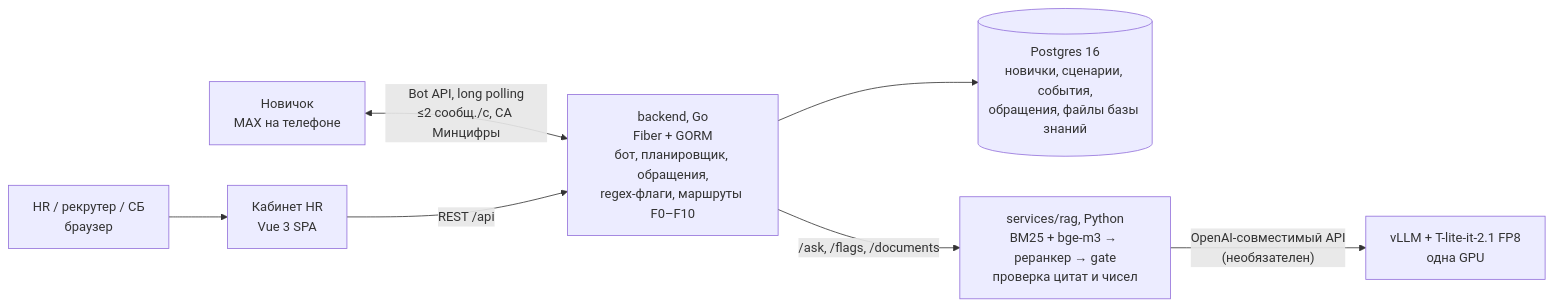
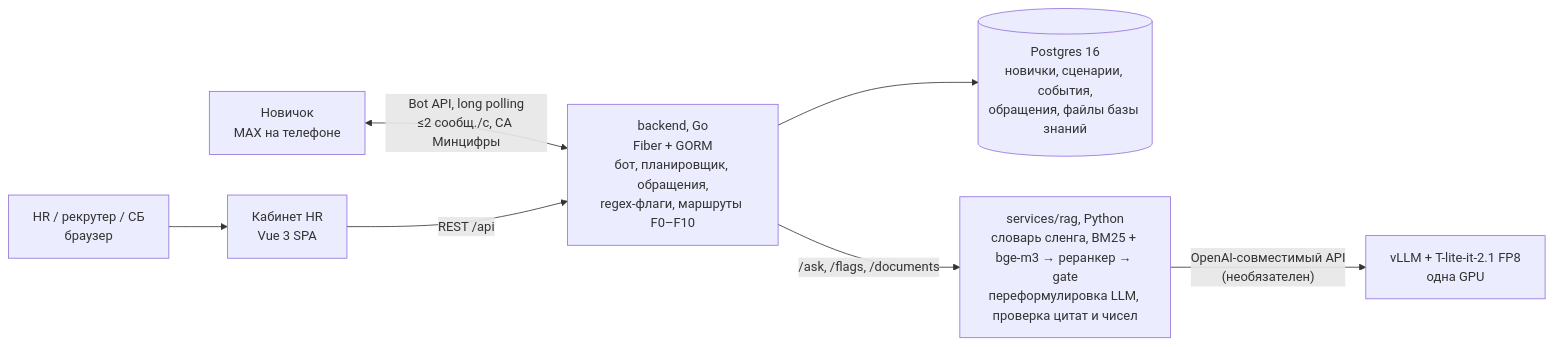
One commit to kunak-agency/polyplastic-bot changed the diagram in README.md. Above: the diagram before and after it, drawn with Mermaid. The commit also changed other lines of this file and 7 other files, not shown here.

````diff
--- a/README.md
+++ b/README.md
@@ -165,9 +199,9 @@
 ```mermaid
 flowchart LR
     NC["Новичок<br/>MAX на телефоне"] <-->|"Bot API, long polling<br/>≤2 сообщ./с, CA Минцифры"| BE
     HR["HR / рекрутер / СБ<br/>браузер"] --> FE["Кабинет HR<br/>Vue 3 SPA"]
     FE -->|"REST /api"| BE["backend, Go<br/>Fiber + GORM<br/>бот, планировщик, обращения,<br/>regex-флаги, маршруты F0–F10"]
     BE --> PG[("Postgres 16<br/>новички, сценарии, события,<br/>обращения, файлы базы знаний")]
-    BE -->|"/ask, /flags, /documents"| RAG["services/rag, Python<br/>BM25 + bge-m3 → реранкер → gate<br/>проверка цитат и чисел"]
+    BE -->|"/ask, /flags, /documents"| RAG["services/rag, Python<br/>словарь сленга, BM25 + bge-m3 → реранкер → gate<br/>переформулировка LLM, проверка цитат и чисел"]
     RAG -->|"OpenAI-совместимый API<br/>(необязателен)"| LLM["vLLM + T-lite-it-2.1 FP8<br/>одна GPU"]
 ```
````
